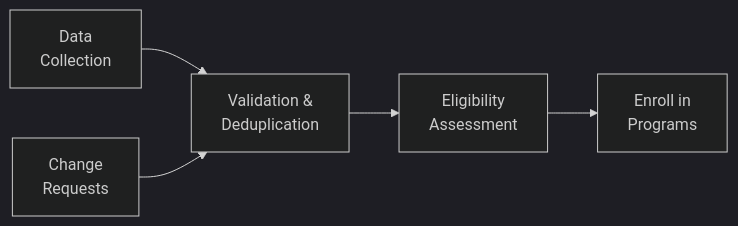
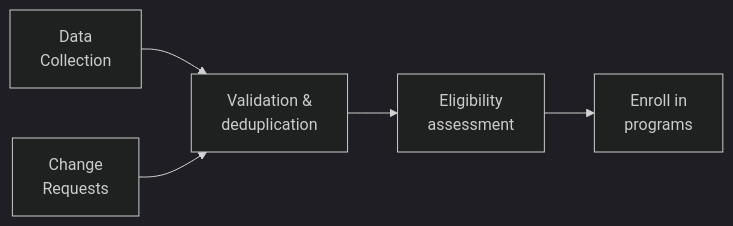
The diagram in docs/learn/products/social_registry.md (OpenSPP/documentation), drawn with Mermaid (dark theme) before and after one commit. The commit also changed other lines of this file and 36 other files, not shown here.

````diff
--- a/docs/learn/products/social_registry.md
+++ b/docs/learn/products/social_registry.md
@@ -73,7 +73,7 @@
 ```{mermaid}
 graph LR
-    A[Data<br/>Collection] --> B[Validation &<br/>Deduplication]
-    B --> C[Eligibility<br/>Assessment]
-    C --> D[Enroll in<br/>Programs]
+    A[Data<br/>Collection] --> B[Validation &<br/>deduplication]
+    B --> C[Eligibility<br/>assessment]
+    C --> D[Enroll in<br/>programs]
     E[Change<br/>Requests] --> B
 ```
````
